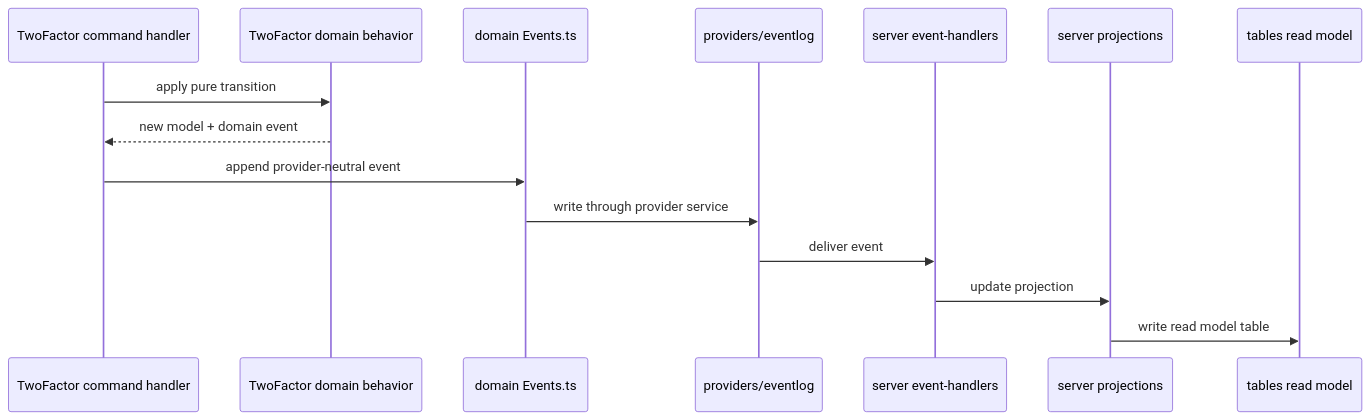
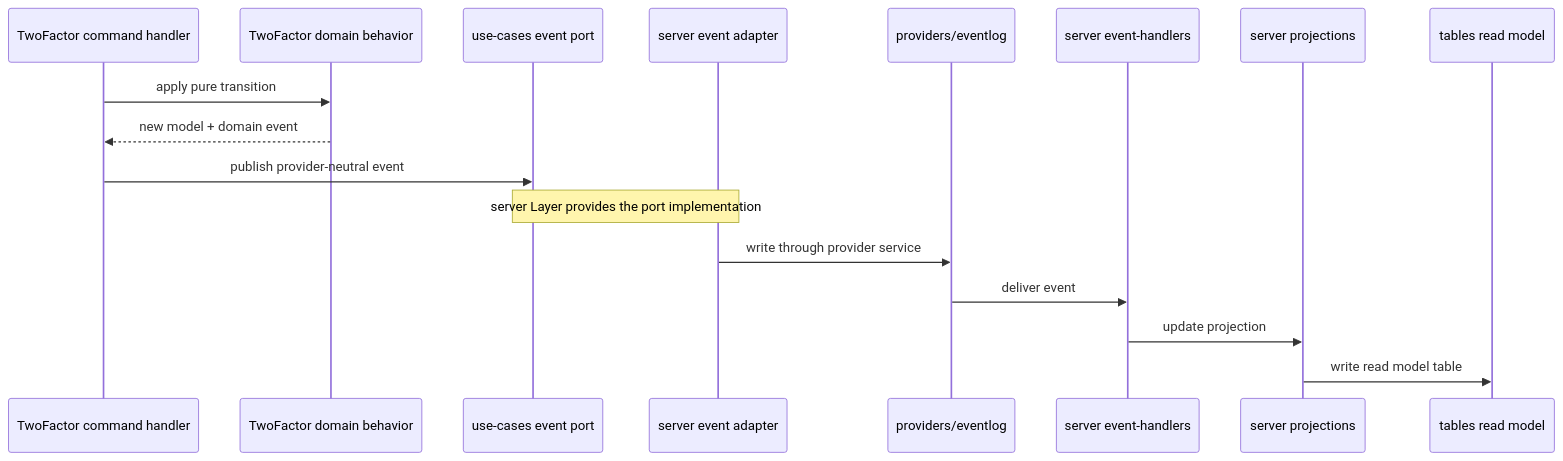
The fifth of 6 diagrams in standards/ARCHITECTURE.md (kriegcloud/beep-effect), drawn with Mermaid before and after one commit. The commit also changed other lines of this file and 1 other file, not shown here.

Commit message:
architecture stuff

````diff
--- a/standards/ARCHITECTURE.md
+++ b/standards/ARCHITECTURE.md
@@ -698,18 +819,20 @@
 ```mermaid
 sequenceDiagram
   participant Command as TwoFactor command handler
   participant Domain as TwoFactor domain behavior
-  participant Events as domain Events.ts
+  participant Port as use-cases event port
+  participant Adapter as server event adapter
   participant EventLog as providers/eventlog
   participant Handler as server event-handlers
   participant Projection as server projections
   participant ReadModel as tables read model
 
   Command->>Domain: apply pure transition
   Domain-->>Command: new model + domain event
-  Command->>Events: append provider-neutral event
-  Events->>EventLog: write through provider service
+  Command->>Port: publish provider-neutral event
+  Note over Port,Adapter: server Layer provides the port implementation
+  Adapter->>EventLog: write through provider service
   EventLog->>Handler: deliver event
   Handler->>Projection: update projection
   Projection->>ReadModel: write read model table
 ```
````
